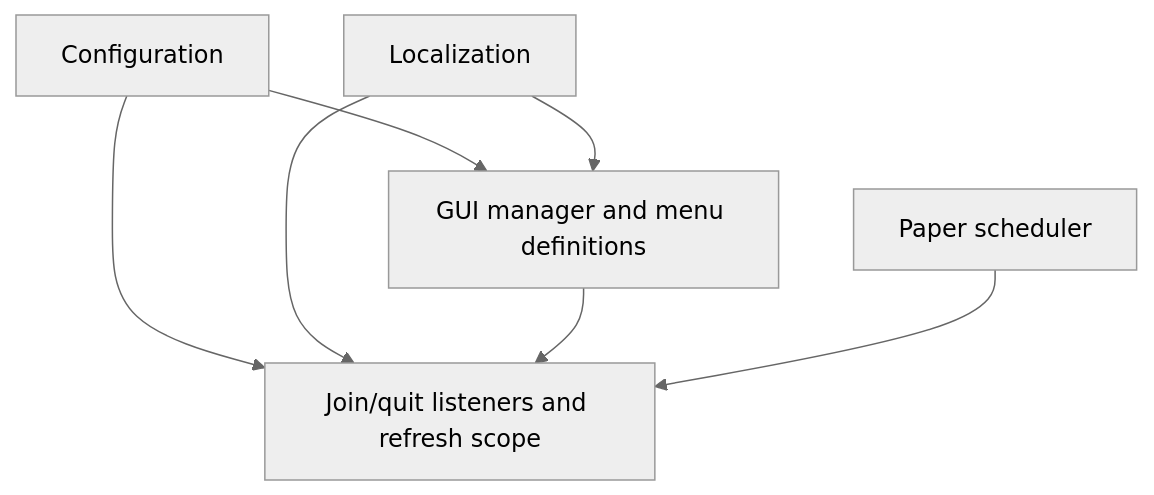
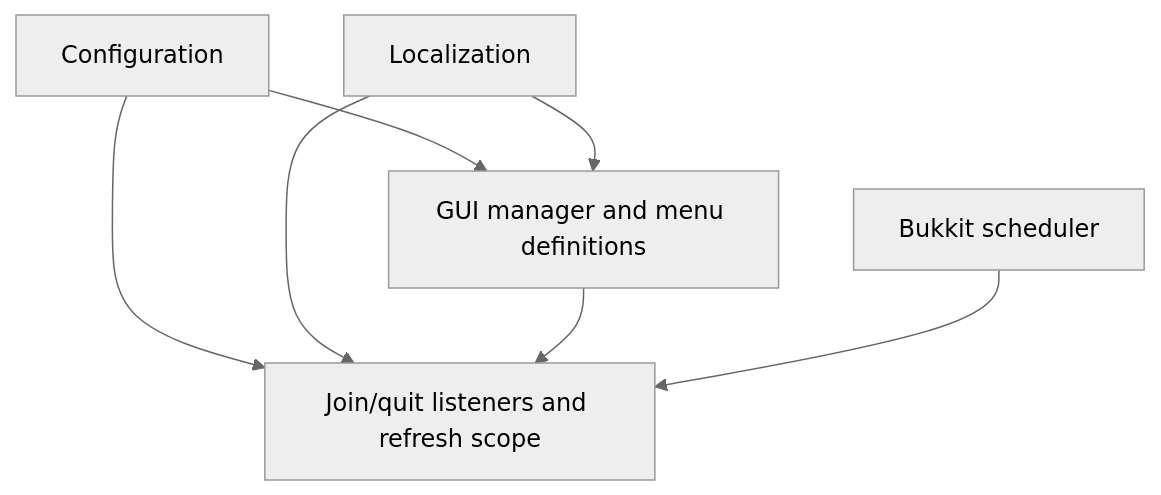
One commit to TrickShotMLG02/MinecraftDevKit changed the diagram in examples/bukkit-integration-example/README.md. Above: the diagram before and after it, drawn with Mermaid (neutral theme). The commit also changed other lines of this file and 6 other files, not shown here.

````diff
--- a/examples/bukkit-integration-example/README.md
+++ b/examples/bukkit-integration-example/README.md
@@ -35,14 +41,14 @@
 ```mermaid
 flowchart TD
   Config[Configuration]
   Text[Localization]
-  Scheduler[Paper scheduler]
+  Scheduler[Bukkit scheduler]
   Menus[GUI manager and menu definitions]
   Features[Join/quit listeners and refresh scope]
   Config --> Menus
   Text --> Menus
   Config --> Features
   Text --> Features
   Menus --> Features
   Scheduler --> Features
 ```
````
